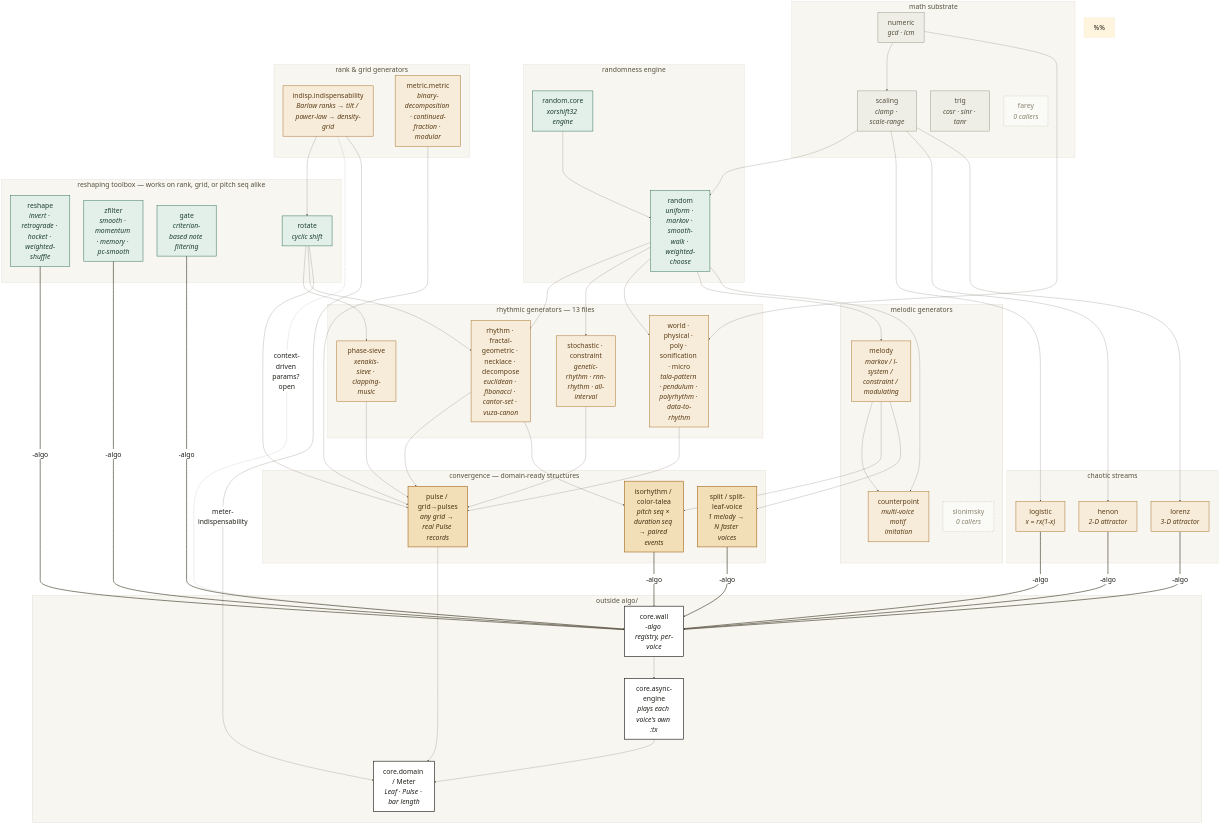
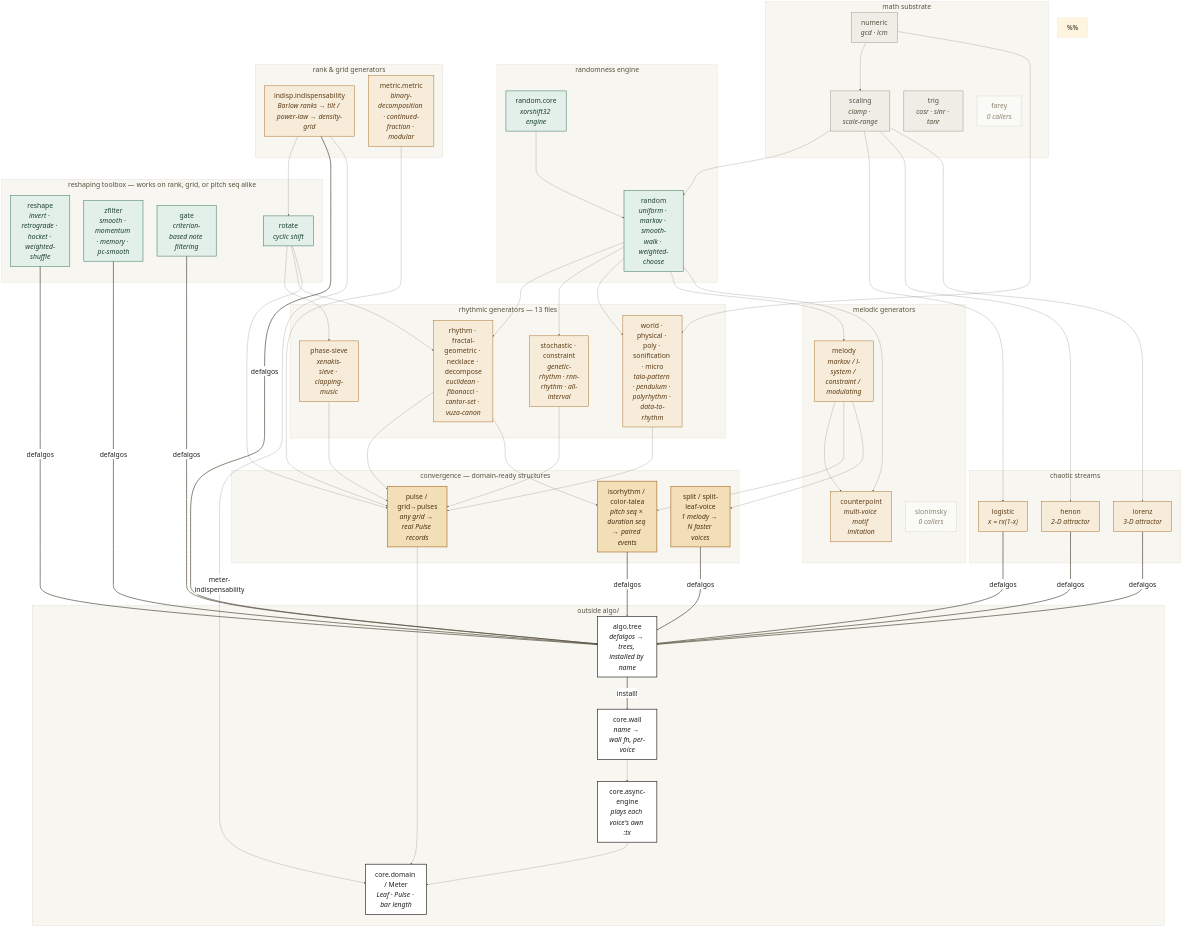
One commit to gebdevalk/musics changed the diagram in doc/algo-signal-chains.mmd. Above: the diagram before and after it, drawn with Mermaid. The commit also changed 68 other files, not shown here.

First line of the commit message:
refactor: algo.tree is the only composition approach -- remove the rest

```diff
--- a/doc/algo-signal-chains.mmd
+++ b/doc/algo-signal-chains.mmd
@@ -1,147 +1,140 @@
 %%{init: {'theme': 'base', 'themeVariables': {'fontSize': '34px', 'fontFamily': 'Helvetica, Arial, sans-serif', 'lineColor': '#55503f', 'edgeLabelBackground': '#ffffff', 'textColor': '#201e19', 'primaryTextColor': '#201e19'}, 'flowchart': {'nodeSpacing': 70, 'rankSpacing': 110, 'padding': 24, 'htmlLabels': true}} }%%
 flowchart TB
     %% algo-signal-chains.mmd -- a map of how algo/'s generative modules
     %% can feed one another (ranks, grids, pitch sequences, chaotic
     %% streams) on the way into core.wall/core.async-engine and the real
     %% domain model. Solid edges are real code dependencies or already-
-    %% tested chains; thick edges mark a -algo fn registering into
-    %% core.wall for live playback; the one dashed edge is a proposed,
-    %% not-yet-built idea. Surveyed against the real algo/ :require
+    %% tested chains; thick edges mark wrapping a module with defalgos
+    %% into an algo.tree tree, installed by name into core.wall for live
+    %% playback. Surveyed against the real algo/ :require
     %% graph, not reasoned from memory -- see doc/decisions.md if this
     %% drifts from the code later.
     %%
     %% Regenerate (A3-landscape print pair), from the repo root:
     %%   npx -y @mermaid-js/mermaid-cli -i doc/algo-signal-chains.mmd \
     %%     -o /tmp/diagram.png -b '#ffffff' -w 4960 --scale 1
     %%   (wrap diagram.png in an SVG sized width="420mm" height="297mm",
     %%    convert with `mutool convert`, then `mutool poster -x 2 -y 1`
     %%    to split into two A4-portrait pages for a printer with no A3 tray)
     classDef math fill:#eeeee6,stroke:#8a8571,color:#55503f,stroke-width:2px
     classDef rng fill:#e3f0ea,stroke:#2e6e58,color:#1d3f32,stroke-width:2.4px
     classDef gen fill:#f7ecd9,stroke:#a9702b,color:#5c3d18,stroke-width:2.4px
     classDef tool fill:#e3f0ea,stroke:#2e6e58,color:#1d3f32,stroke-width:2.4px
     classDef conv fill:#f2dfb8,stroke:#a9702b,color:#4a3012,stroke-width:3.2px
     classDef engine fill:#ffffff,stroke:#201e19,color:#201e19,stroke-width:3.2px
     classDef dormant fill:#fafaf6,stroke:#b5b09c,color:#8a8571,stroke-dasharray: 6 6,stroke-width:2px
 
     subgraph MATH[" math substrate "]
         NUM["numeric<br/><i>gcd · lcm</i>"]
         SCALE["scaling<br/><i>clamp · scale-range</i>"]
         TRIG["trig<br/><i>cosr · sinr · tanr</i>"]
         FAREY["farey<br/><i>0 callers</i>"]:::dormant
     end
 
     subgraph RNG[" randomness engine "]
         RCORE["random.core<br/><i>xorshift32 engine</i>"]
         RAND["random<br/><i>uniform · markov · smooth-walk · weighted-choose</i>"]
     end
 
     subgraph RANK[" rank &amp; grid generators "]
         INDISP["indisp.indispensability<br/><i>Barlow ranks → tilt / power-law → density-grid</i>"]
         METRIC["metric.metric<br/><i>binary-decomposition · continued-fraction · modular</i>"]
     end
 
     subgraph RHYTHM[" rhythmic generators — 13 files "]
         EUCLID["rhythm · fractal-geometric · necklace · decompose<br/><i>euclidean · fibonacci · cantor-set · vuza-canon</i>"]
         SIEVE["phase-sieve<br/><i>xenakis-sieve · clapping-music</i>"]
         STOCH["stochastic · constraint<br/><i>genetic-rhythm · rnn-rhythm · all-interval</i>"]
         WORLDF["world · physical · poly · sonification · micro<br/><i>tala-pattern · pendulum · polyrhythm · data-to-rhythm</i>"]
     end
 
     subgraph MELODIC[" melodic generators "]
         MELODY["melody<br/><i>markov / l-system / constraint / modulating</i>"]
         CPOINT["counterpoint<br/><i>multi-voice motif imitation</i>"]
         SLON["slonimsky<br/><i>0 callers</i>"]:::dormant
     end
 
     subgraph CHAOS[" chaotic streams "]
         LOGIS["logistic<br/><i>x = rx(1-x)</i>"]
         HENON["henon<br/><i>2-D attractor</i>"]
         LOREN["lorenz<br/><i>3-D attractor</i>"]
     end
 
     subgraph TOOLBOX[" reshaping toolbox — works on rank, grid, or pitch seq alike "]
         RESHAPE["reshape<br/><i>invert · retrograde · hocket · weighted-shuffle</i>"]
         ZFILT["zfilter<br/><i>smooth · momentum · memory · pc-smooth</i>"]
         GATE["gate<br/><i>criterion-based note filtering</i>"]
         ROTATE["rotate<br/><i>cyclic shift</i>"]
     end
 
     subgraph CONVERGE[" convergence — domain-ready structures "]
         PULSE["pulse / grid→pulses<br/><i>any grid → real Pulse records</i>"]
         ISO["isorhythm / color-talea<br/><i>pitch seq × duration seq → paired events</i>"]
         SPLIT["split / split-leaf-voice<br/><i>1 melody → N faster voices</i>"]
     end
 
     subgraph ENGINE[" outside algo/ "]
-        WALL["core.wall<br/><i>-algo registry, per-voice</i>"]
+        TREE["algo.tree<br/><i>defalgos → trees, installed by name</i>"]
+        WALL["core.wall<br/><i>name → wall fn, per-voice</i>"]
         ASYNC["core.async-engine<br/><i>plays each voice's own :tx</i>"]
         DOMAIN["core.domain / Meter<br/><i>Leaf · Pulse · bar length</i>"]
     end
 
     style MATH fill:#f7f6f0,stroke:#c9c3ae,color:#55503f
     style RNG fill:#f7f6f0,stroke:#c9c3ae,color:#55503f
     style RANK fill:#f7f6f0,stroke:#c9c3ae,color:#55503f
     style RHYTHM fill:#f7f6f0,stroke:#c9c3ae,color:#55503f
     style MELODIC fill:#f7f6f0,stroke:#c9c3ae,color:#55503f
     style CHAOS fill:#f7f6f0,stroke:#c9c3ae,color:#55503f
     style TOOLBOX fill:#f7f6f0,stroke:#c9c3ae,color:#55503f
     style CONVERGE fill:#f7f6f0,stroke:#c9c3ae,color:#55503f
     style ENGINE fill:#f7f6f0,stroke:#c9c3ae,color:#55503f
 
     class NUM,SCALE,TRIG math
     class RCORE,RAND rng
     class INDISP,METRIC gen
     class EUCLID,SIEVE,STOCH,WORLDF gen
     class MELODY,CPOINT gen
     class LOGIS,HENON,LOREN gen
     class RESHAPE,ZFILT,GATE,ROTATE tool
     class PULSE,ISO,SPLIT conv
-    class WALL,ASYNC,DOMAIN engine
+    class TREE,WALL,ASYNC,DOMAIN engine
 
     NUM --> SCALE
     RCORE --> RAND
     SCALE --> RAND
 
     RAND --> EUCLID
     RAND --> STOCH
     RAND --> WORLDF
     ROTATE --> SIEVE
     ROTATE --> EUCLID
     NUM --> WORLDF
 
     RAND --> MELODY
     RAND --> CPOINT
     MELODY --> CPOINT
 
     SCALE --> LOGIS
     SCALE --> HENON
     SCALE --> LOREN
 
     INDISP --> ROTATE
     ROTATE --> PULSE
     METRIC --> PULSE
     EUCLID --> PULSE
     STOCH --> PULSE
     WORLDF --> PULSE
     SIEVE --> PULSE
 
     MELODY --> ISO
     EUCLID --> ISO
     MELODY --> SPLIT
 
-    GATE ==>|"-algo"| WALL
-    RESHAPE ==>|"-algo"| WALL
-    ZFILT ==>|"-algo"| WALL
-    LOGIS ==>|"-algo"| WALL
-    HENON ==>|"-algo"| WALL
-    LOREN ==>|"-algo"| WALL
-    ISO ==>|"-algo"| WALL
-    SPLIT ==>|"-algo"| WALL
-
-    INDISP -.->|"context-driven params? open"| WALL
+    GATE & RESHAPE & ZFILT & LOGIS & HENON & LOREN & ISO & SPLIT & INDISP ==>|"defalgos"| TREE
+    TREE ==>|"install!"| WALL
 
     PULSE --> DOMAIN
     WALL --> ASYNC
     ASYNC --> DOMAIN
     INDISP -->|"meter-indispensability"| DOMAIN
```
